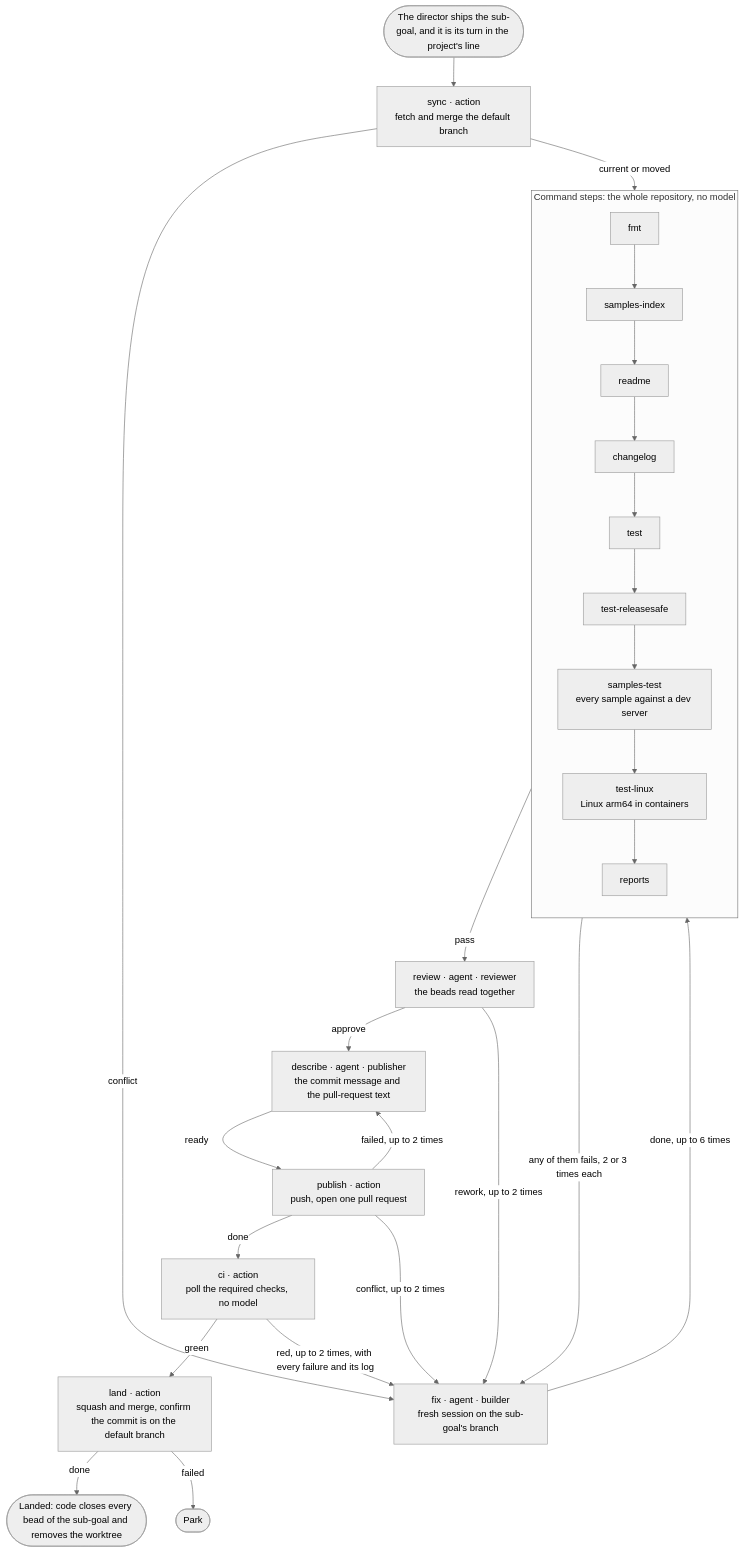
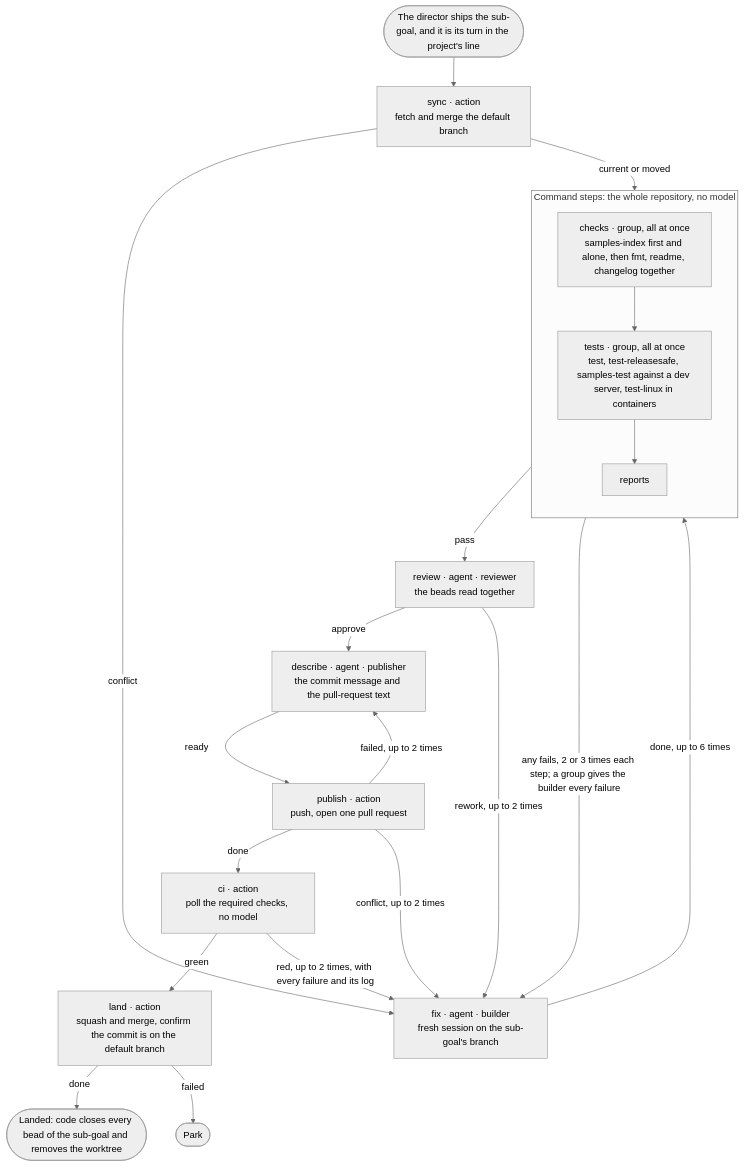
One commit to mikeacjones/software-factory changed the fourth of 7 diagrams in docs/how-it-works.md. Above: the diagram before and after it, drawn with Mermaid (neutral theme). The commit also changed other lines of this file and 12 other files, not shown here.

````diff
--- a/docs/how-it-works.md
+++ b/docs/how-it-works.md
@@ -170,32 +166,26 @@
 ```mermaid
 flowchart TD
     start(["The director ships the sub-goal, and it is its turn in the project's line"]) --> sync["sync · action<br/>fetch and merge the default branch"]
-    sync -->|"current or moved"| fmt
+    sync -->|"current or moved"| checks
     sync -->|"conflict"| fix
 
     subgraph commands["Command steps: the whole repository, no model"]
         direction TB
-        fmt["fmt"] --> index["samples-index"]
-        index --> readme["readme"]
-        readme --> changelog["changelog"]
-        changelog --> test["test"]
-        test --> testsafe["test-releasesafe"]
-        testsafe --> samples["samples-test<br/>every sample against a dev server"]
-        samples --> linux["test-linux<br/>Linux arm64 in containers"]
-        linux --> reports["reports"]
+        checks["checks · group, all at once<br/>samples-index first and alone, then fmt, readme, changelog together"] --> tests["tests · group, all at once<br/>test, test-releasesafe, samples-test against a dev server, test-linux in containers"]
+        tests --> reports["reports"]
     end
 
     reports -->|"pass"| review
-    commands -->|"any of them fails, 2 or 3 times each"| fix
+    commands -->|"any fails, 2 or 3 times each step; a group gives the builder every failure"| fix
     review["review · agent · reviewer<br/>the beads read together"] -->|"approve"| describe
     review -->|"rework, up to 2 times"| fix
-    fix["fix · agent · builder<br/>fresh session on the sub-goal's branch"] -->|"done, up to 6 times"| fmt
+    fix["fix · agent · builder<br/>fresh session on the sub-goal's branch"] -->|"done, up to 6 times"| checks
     describe["describe · agent · publisher<br/>the commit message and the pull-request text"] -->|"ready"| publish
     publish["publish · action<br/>push, open one pull request"] -->|"done"| ci
     publish -->|"failed, up to 2 times"| describe
     publish -->|"conflict, up to 2 times"| fix
     ci["ci · action<br/>poll the required checks, no model"] -->|"green"| land
     ci -->|"red, up to 2 times, with every failure and its log"| fix
     land["land · action<br/>squash and merge, confirm the commit is on the default branch"] -->|"done"| landed(["Landed: code closes every bead of the sub-goal and removes the worktree"])
     land -->|"failed"| park(["Park"])
 ```
````
